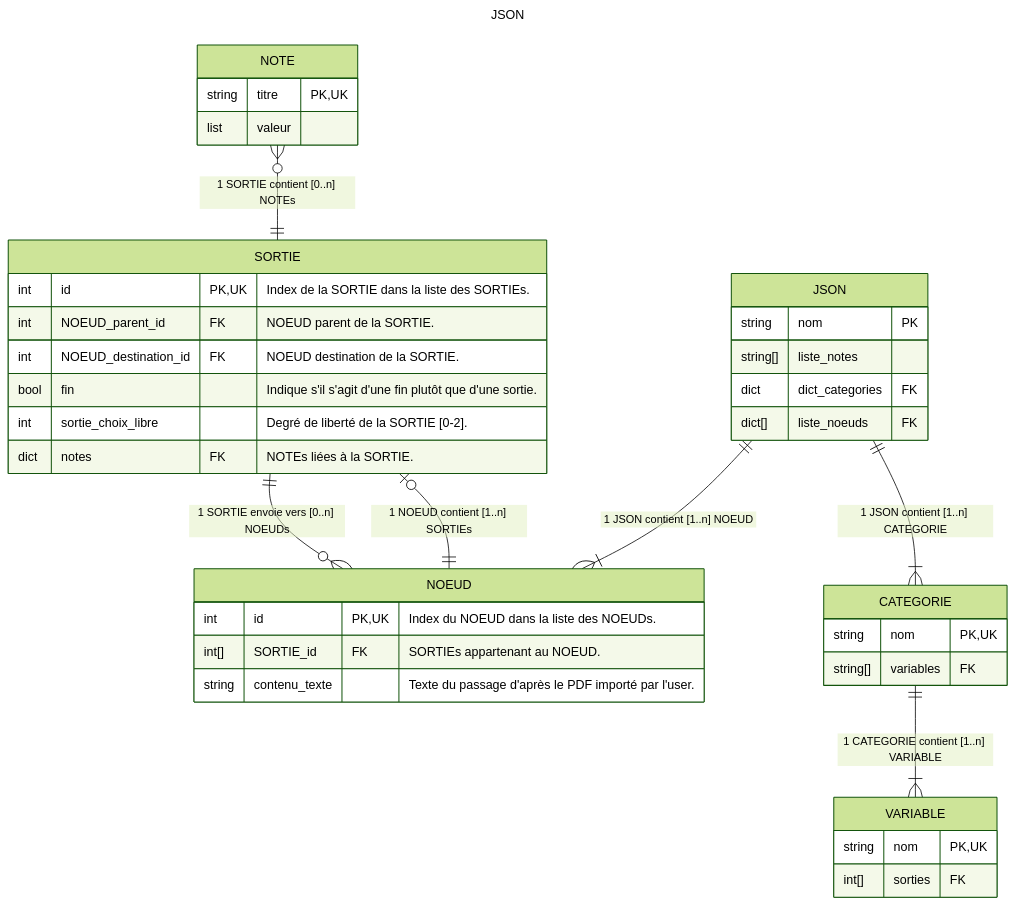
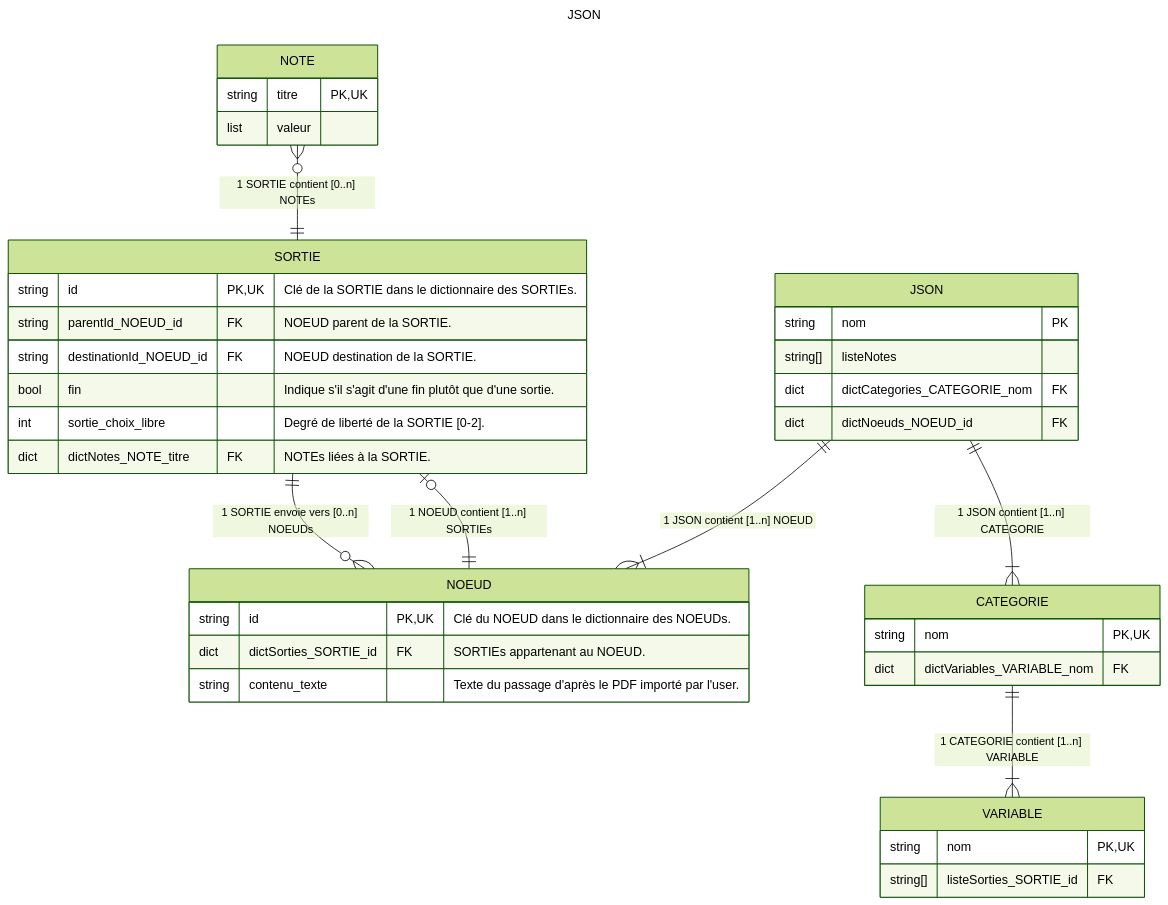
Before and after one commit to Hellorelei/Ficus: the diagram in projet/er_diagram.md, drawn with Mermaid (forest theme). The commit also changed other lines of this file, not shown here.

Commit message:
Update to take special notes into account.

````diff
--- a/projet/er_diagram.md
+++ b/projet/er_diagram.md
@@ -7,44 +7,44 @@
 ```mermaid
 ---
 title: JSON
 ---
 erDiagram
 JSON {
     string nom PK
-    string[] liste_notes
-    dict dict_categories FK
-    dict[] liste_noeuds FK
+    string[] listeNotes
+    dict dictCategories_CATEGORIE_nom FK
+    dict dictNoeuds_NOEUD_id FK
 }
 JSON ||--|{ NOEUD : "1 JSON contient [1..n] NOEUD"
 JSON ||--|{ CATEGORIE : "1 JSON contient [1..n] CATEGORIE"
 CATEGORIE {
     string nom PK, UK
-    string[] variables FK
+    dict dictVariables_VARIABLE_nom FK
 }
 CATEGORIE ||--|{ VARIABLE : "1 CATEGORIE contient [1..n] VARIABLE"
 VARIABLE {
     string nom PK, UK
-    int[] sorties FK
+    string[] listeSorties_SORTIE_id FK
 }
 NOEUD {
-    int id PK, UK "Index du NOEUD dans la liste des NOEUDs."
-    int[] SORTIE_id FK "SORTIEs appartenant au NOEUD."
+    string id PK, UK "Clé du NOEUD dans le dictionnaire des NOEUDs."
+    dict dictSorties_SORTIE_id FK "SORTIEs appartenant au NOEUD."
     string contenu_texte "Texte du passage d'après le PDF importé par l'user."
 }
 SORTIE |o--|| NOEUD : "1 NOEUD contient [1..n] SORTIEs"
 SORTIE ||--o{ NOEUD : "1 SORTIE envoie vers [0..n] NOEUDs"
 SORTIE {
-    int id PK, UK "Index de la SORTIE dans la liste des SORTIEs."
-    int NOEUD_parent_id FK "NOEUD parent de la SORTIE."
-    int NOEUD_destination_id FK "NOEUD destination de la SORTIE."
+    string id PK, UK "Clé de la SORTIE dans le dictionnaire des SORTIEs."
+    string parentId_NOEUD_id FK "NOEUD parent de la SORTIE."
+    string destinationId_NOEUD_id FK "NOEUD destination de la SORTIE."
     bool fin "Indique s'il s'agit d'une fin plutôt que d'une sortie."
     int sortie_choix_libre "Degré de liberté de la SORTIE [0-2]."
-    dict notes FK "NOTEs liées à la SORTIE."
+    dict dictNotes_NOTE_titre FK "NOTEs liées à la SORTIE."
 }
 NOTE }o--|| SORTIE : "1 SORTIE contient [0..n] NOTEs"
 NOTE {
     string titre PK, UK
     list valeur
 }
 
 ```
````
